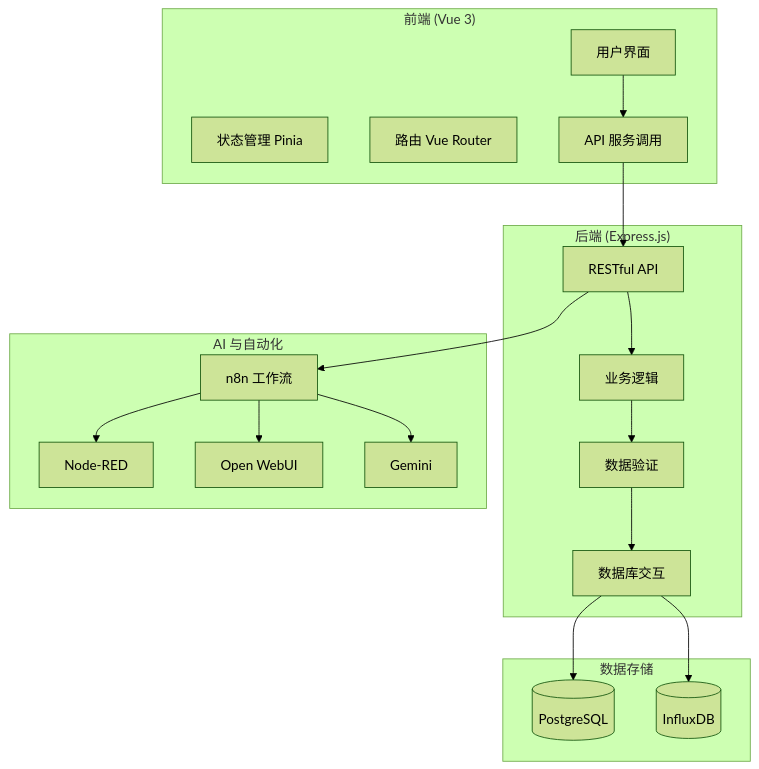
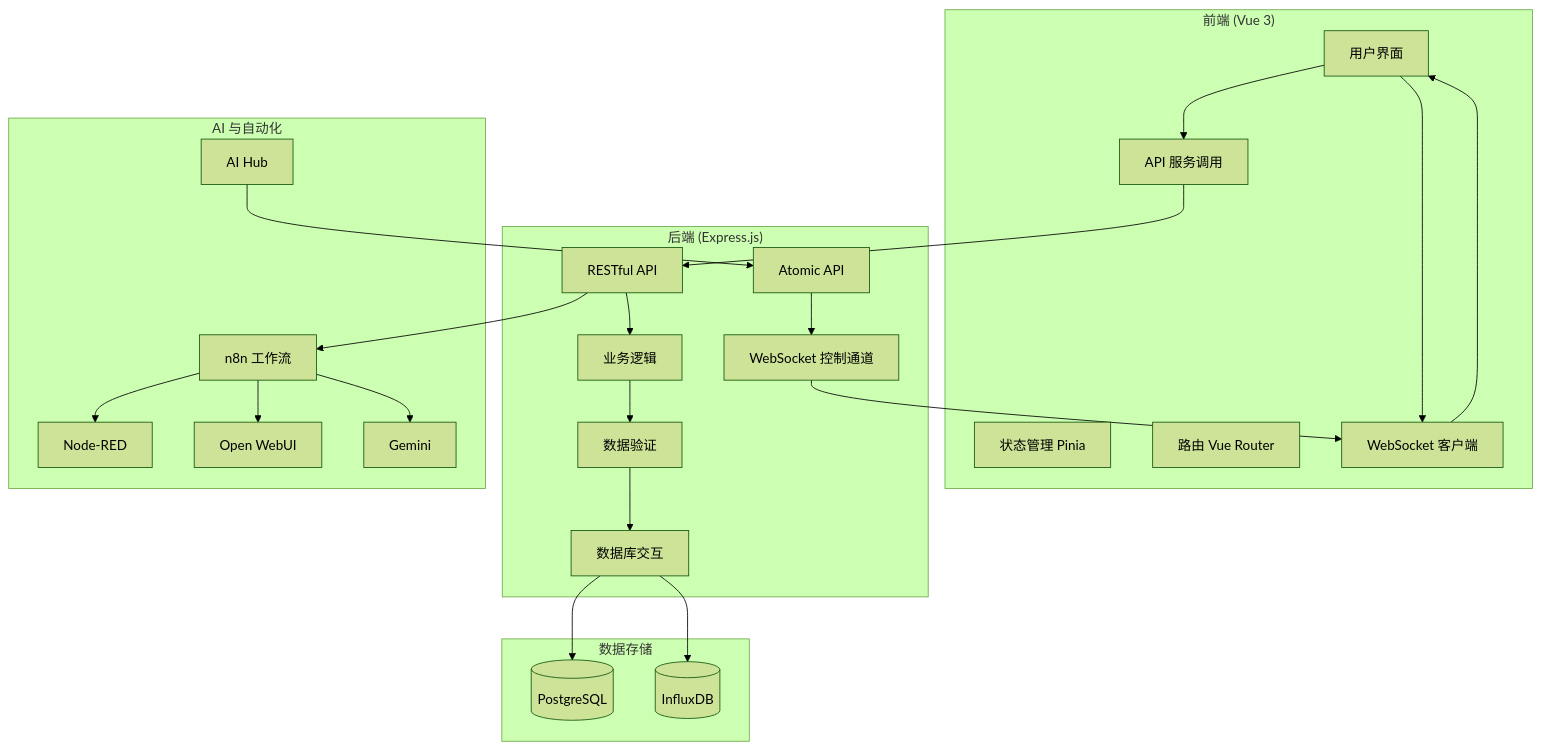
The first of 2 diagrams in .qoder/repowiki/zh/content/系统概述.md (ideeinfo/TwinSight), drawn with Mermaid (forest theme) before and after one commit. The commit also changed other lines of this file and 9 other files, not shown here.

````diff
--- a/.qoder/repowiki/zh/content/系统概述.md
+++ b/.qoder/repowiki/zh/content/系统概述.md
@@ -52,36 +54,45 @@
 ```mermaid
 graph TB
 subgraph "前端 (Vue 3)"
 A[用户界面]
 B[状态管理 Pinia]
 C[路由 Vue Router]
 D[API 服务调用]
+W[WebSocket 客户端]
 end
 subgraph "后端 (Express.js)"
 E[RESTful API]
 F[业务逻辑]
 G[数据验证]
 H[数据库交互]
+AA[Atomic API]
+CC[WebSocket 控制通道]
 end
 subgraph "数据存储"
 I[(PostgreSQL)]
 J[(InfluxDB)]
 end
 subgraph "AI 与自动化"
 K[n8n 工作流]
 L[Node-RED]
 M[Open WebUI]
 N[Gemini]
+AH[AI Hub]
 end
 A --> D
+A --> W
 D --> E
 E --> F
 F --> G
 G --> H
 H --> I
 H --> J
 E --> K
 K --> L
 K --> M
 K --> N
+AH --> AA
+AA --> CC
+CC --> W
+W --> A
 ```
````
